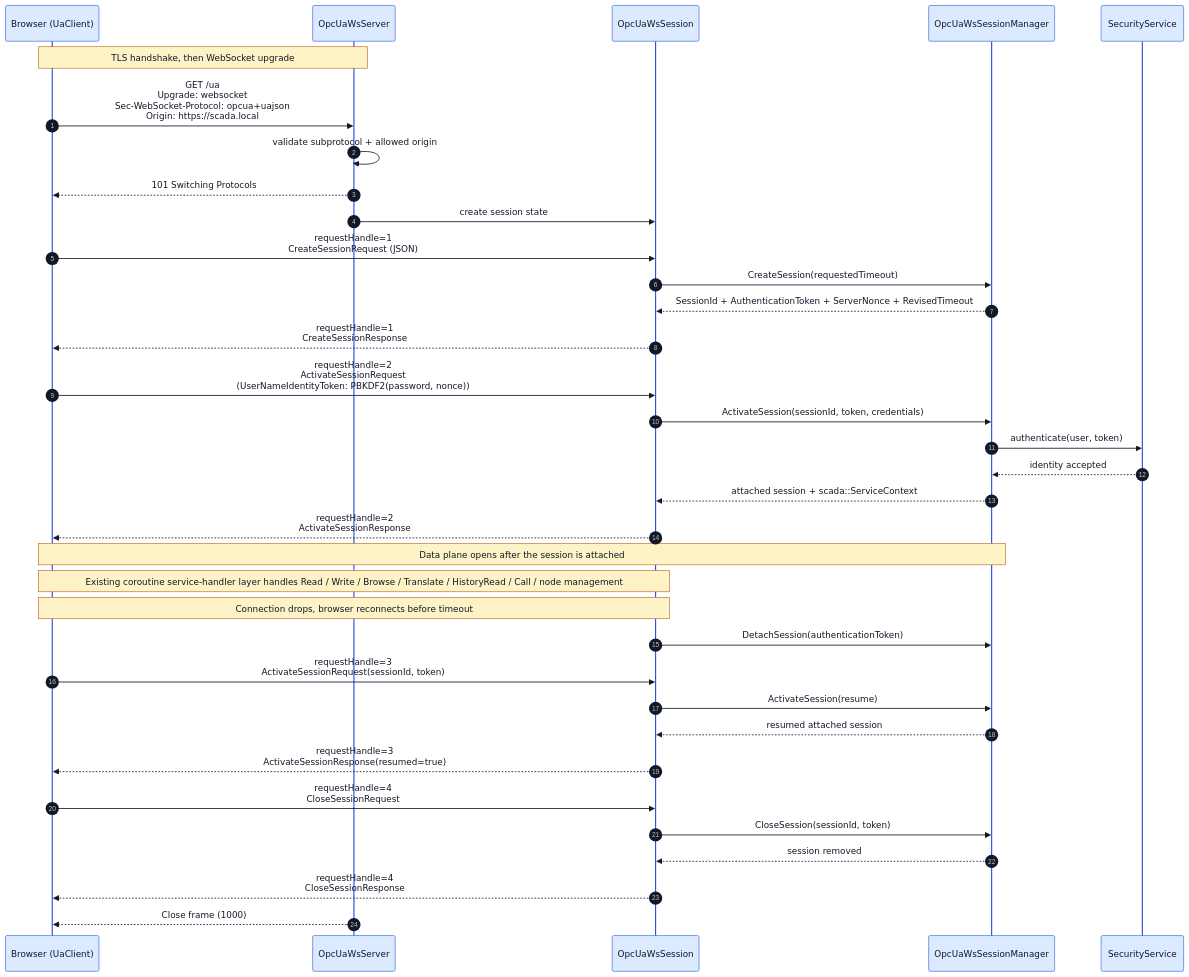
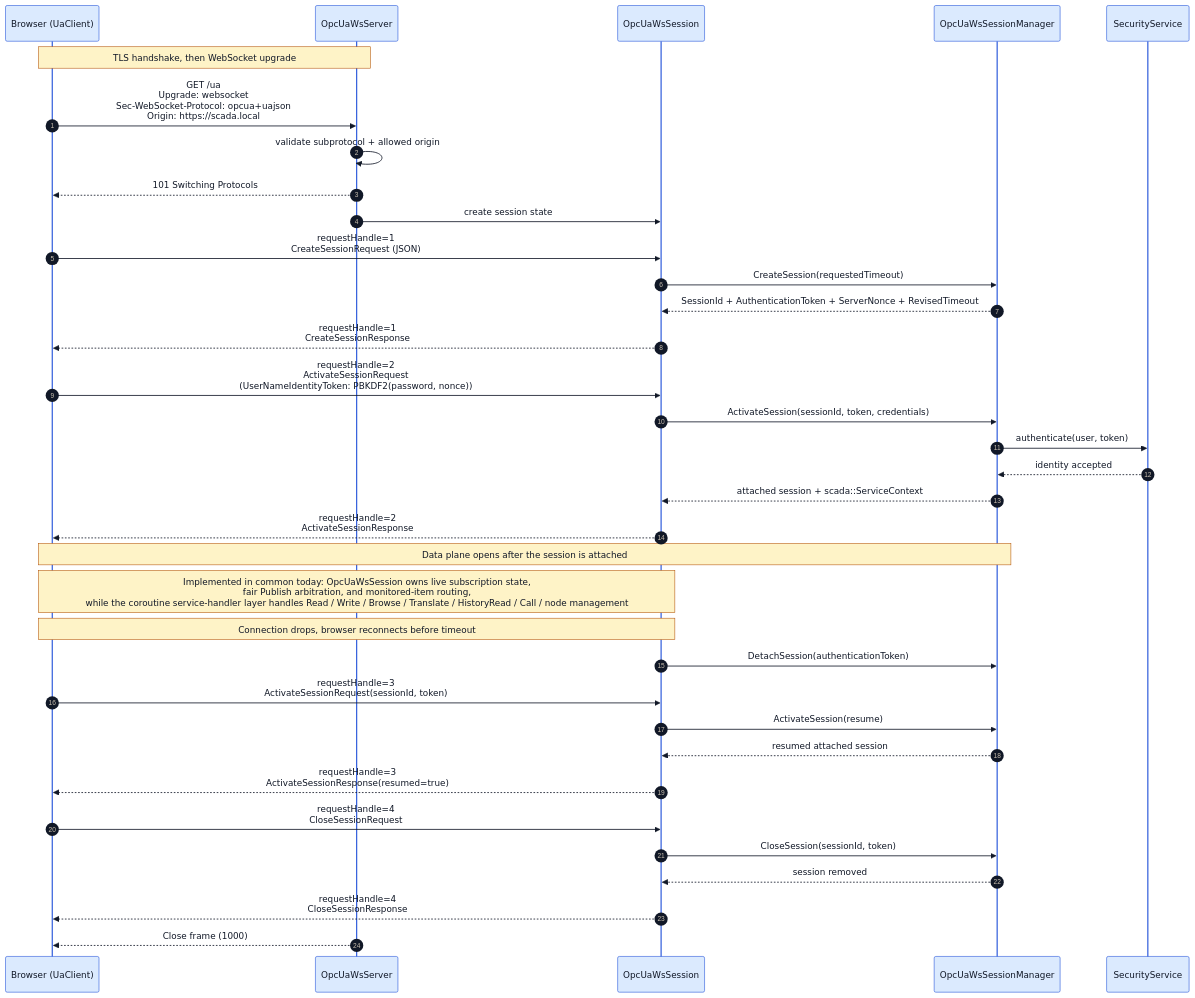
The diagram in docs/opcua_ws_session_sequence.mmd (alexsmn/scada-common), drawn with Mermaid before and after one commit. The commit also changed 12 other files, not shown here.

Commit message:
Add opcua_ws live session runtime

```diff
--- a/docs/opcua_ws_session_sequence.mmd
+++ b/docs/opcua_ws_session_sequence.mmd
@@ -1,57 +1,57 @@
 %%{init: {
   'theme': 'base',
   'themeVariables': {
     'background': '#ffffff',
     'primaryColor': '#f3f4f6',
     'primaryBorderColor': '#374151',
     'primaryTextColor': '#111827',
     'lineColor': '#374151',
     'actorBkg': '#dbeafe',
     'actorBorder': '#1d4ed8',
     'actorTextColor': '#111827',
     'noteBkgColor': '#fef3c7',
     'noteBorderColor': '#b45309',
     'noteTextColor': '#111827'
   }
 }}%%
 sequenceDiagram
     autonumber
     participant B as Browser (UaClient)
     participant WS as OpcUaWsServer
     participant S as OpcUaWsSession
     participant M as OpcUaWsSessionManager
     participant SEC as SecurityService
 
     Note over B,WS: TLS handshake, then WebSocket upgrade
     B->>WS: GET /ua<br/>Upgrade: websocket<br/>Sec-WebSocket-Protocol: opcua+uajson<br/>Origin: https://scada.local
     WS->>WS: validate subprotocol + allowed origin
     WS-->>B: 101 Switching Protocols
 
     WS->>S: create session state
     B->>S: requestHandle=1<br/>CreateSessionRequest (JSON)
     S->>M: CreateSession(requestedTimeout)
     M-->>S: SessionId + AuthenticationToken + ServerNonce + RevisedTimeout
     S-->>B: requestHandle=1<br/>CreateSessionResponse
 
     B->>S: requestHandle=2<br/>ActivateSessionRequest<br/>(UserNameIdentityToken: PBKDF2(password, nonce))
     S->>M: ActivateSession(sessionId, token, credentials)
     M->>SEC: authenticate(user, token)
     SEC-->>M: identity accepted
     M-->>S: attached session + scada::ServiceContext
     S-->>B: requestHandle=2<br/>ActivateSessionResponse
 
     Note over B,M: Data plane opens after the session is attached
-    Note over B,S: Existing coroutine service-handler layer handles Read / Write / Browse / Translate / HistoryRead / Call / node management
+    Note over B,S: Implemented in common today: OpcUaWsSession owns live subscription state,<br/>fair Publish arbitration, and monitored-item routing,<br/>while the coroutine service-handler layer handles Read / Write / Browse / Translate / HistoryRead / Call / node management
 
     Note over B,S: Connection drops, browser reconnects before timeout
     S->>M: DetachSession(authenticationToken)
     B->>S: requestHandle=3<br/>ActivateSessionRequest(sessionId, token)
     S->>M: ActivateSession(resume)
     M-->>S: resumed attached session
     S-->>B: requestHandle=3<br/>ActivateSessionResponse(resumed=true)
 
     B->>S: requestHandle=4<br/>CloseSessionRequest
     S->>M: CloseSession(sessionId, token)
     M-->>S: session removed
     S-->>B: requestHandle=4<br/>CloseSessionResponse
     WS-->>B: Close frame (1000)
```
